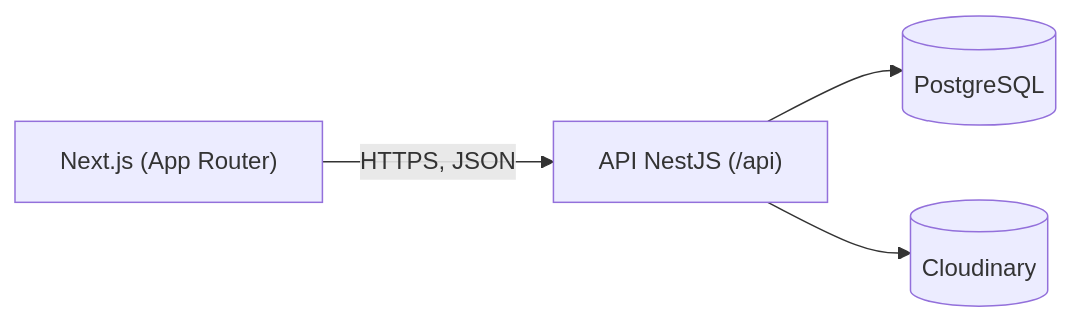
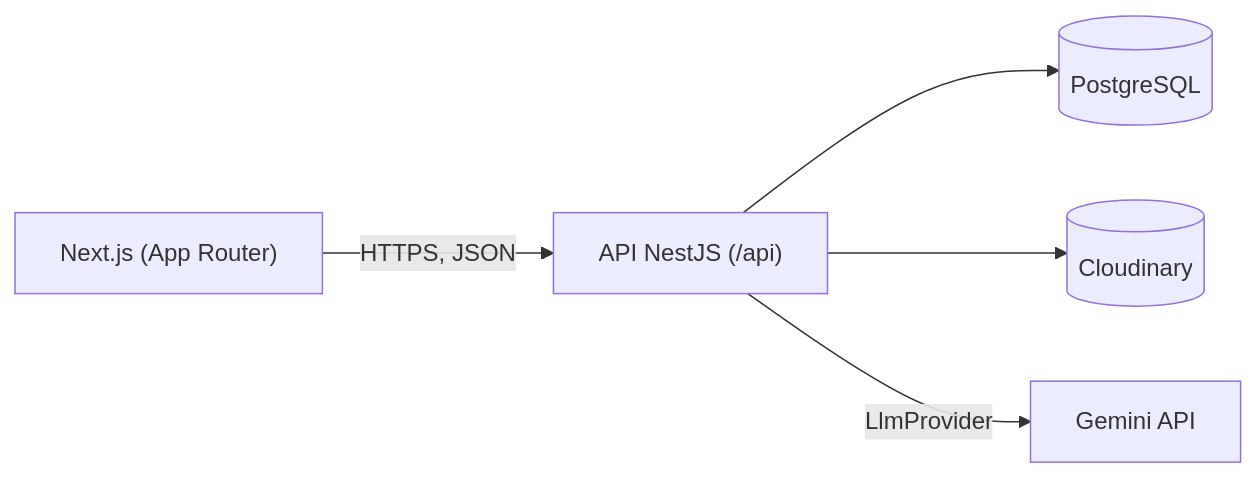
One commit to Smithh15/pawconnect-adoption-platform changed the first of 2 diagrams in README.md. Above: the diagram before and after it, drawn with Mermaid. The commit also changed other lines of this file and 2 other files, not shown here.

````diff
--- a/README.md
+++ b/README.md
@@ -61,6 +62,7 @@
 ```mermaid
 flowchart LR
     Client["Next.js (App Router)"] -->|HTTPS, JSON| API["API NestJS (/api)"]
     API --> DB[("PostgreSQL")]
     API --> Cloud[("Cloudinary")]
+    API -->|"LlmProvider"| LLM["Gemini API"]
 ```
````
